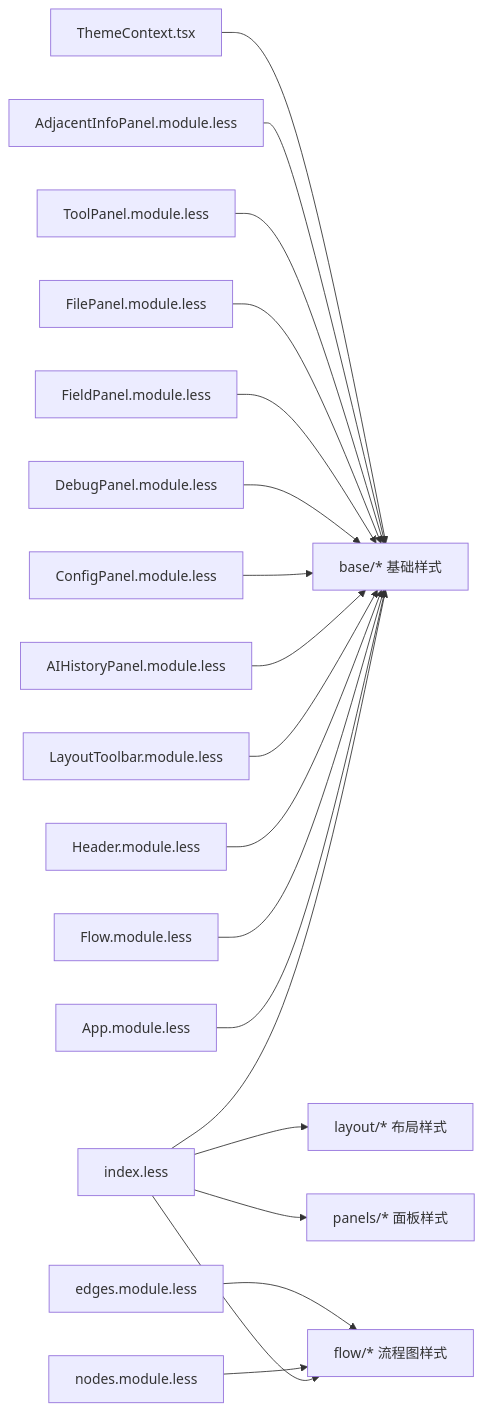
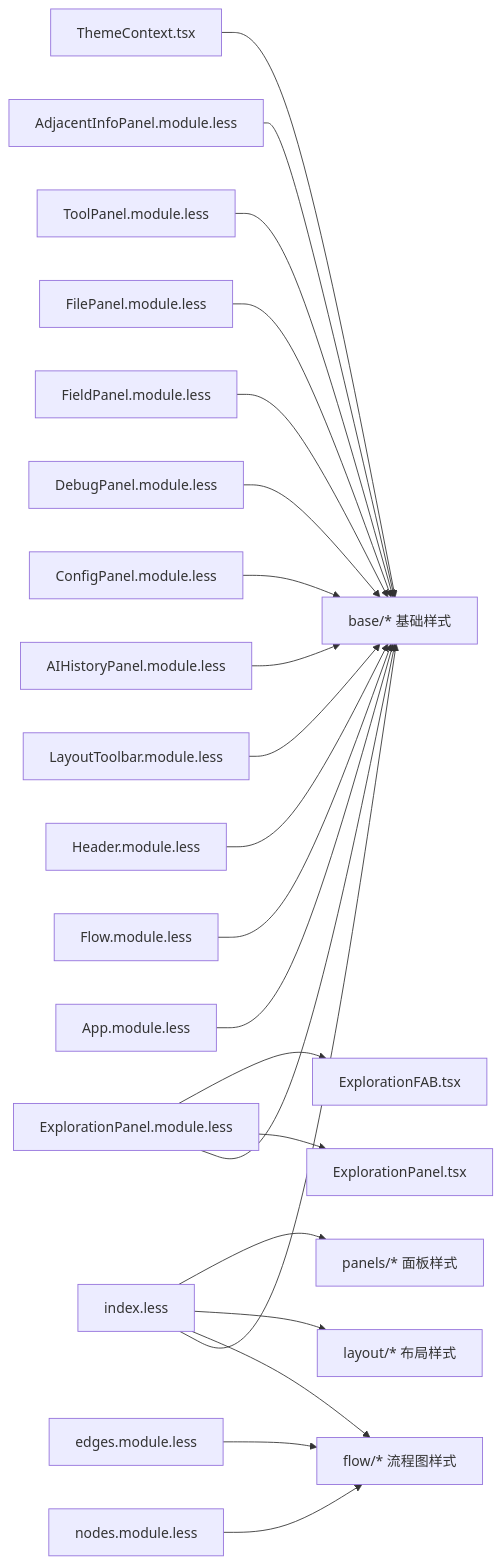
Before and after one commit to kqcoxn/MaaPipelineEditor: the seventh of 7 diagrams in .qoder/repowiki/zh/content/开发者指南/代码结构说明/前端架构设计/样式系统设计.md, drawn with Mermaid. The commit also changed other lines of this file and 8 other files, not shown here.

````diff
--- a/.qoder/repowiki/zh/content/开发者指南/代码结构说明/前端架构设计/样式系统设计.md
+++ b/.qoder/repowiki/zh/content/开发者指南/代码结构说明/前端架构设计/样式系统设计.md
@@ -329,21 +396,24 @@
 ```mermaid
 graph LR
 Index["index.less"] --> Base["base/* 基础样式"]
 Index --> Flow["flow/* 流程图样式"]
 Index --> Layout["layout/* 布局样式"]
 Index --> Panels["panels/* 面板样式"]
 App["App.module.less"] --> Base
 FlowComp["Flow.module.less"] --> Base
 Header["Header.module.less"] --> Base
 LayoutToolbar["LayoutToolbar.module.less"] --> Base
 AIHistory["AIHistoryPanel.module.less"] --> Base
 ConfigPanel["ConfigPanel.module.less"] --> Base
 DebugPanel["DebugPanel.module.less"] --> Base
 FieldPanel["FieldPanel.module.less"] --> Base
 FilePanel["FilePanel.module.less"] --> Base
 ToolPanel["ToolPanel.module.less"] --> Base
+ExplorationPanel["ExplorationPanel.module.less"] --> Base
+ExplorationPanel --> EPComponent["ExplorationPanel.tsx"]
+ExplorationPanel --> FABComponent["ExplorationFAB.tsx"]
 Nodes["nodes.module.less"] --> Flow
 Edges["edges.module.less"] --> Flow
 Adjacent["AdjacentInfoPanel.module.less"] --> Base
 Theme["ThemeContext.tsx"] --> Base
 ```
````
